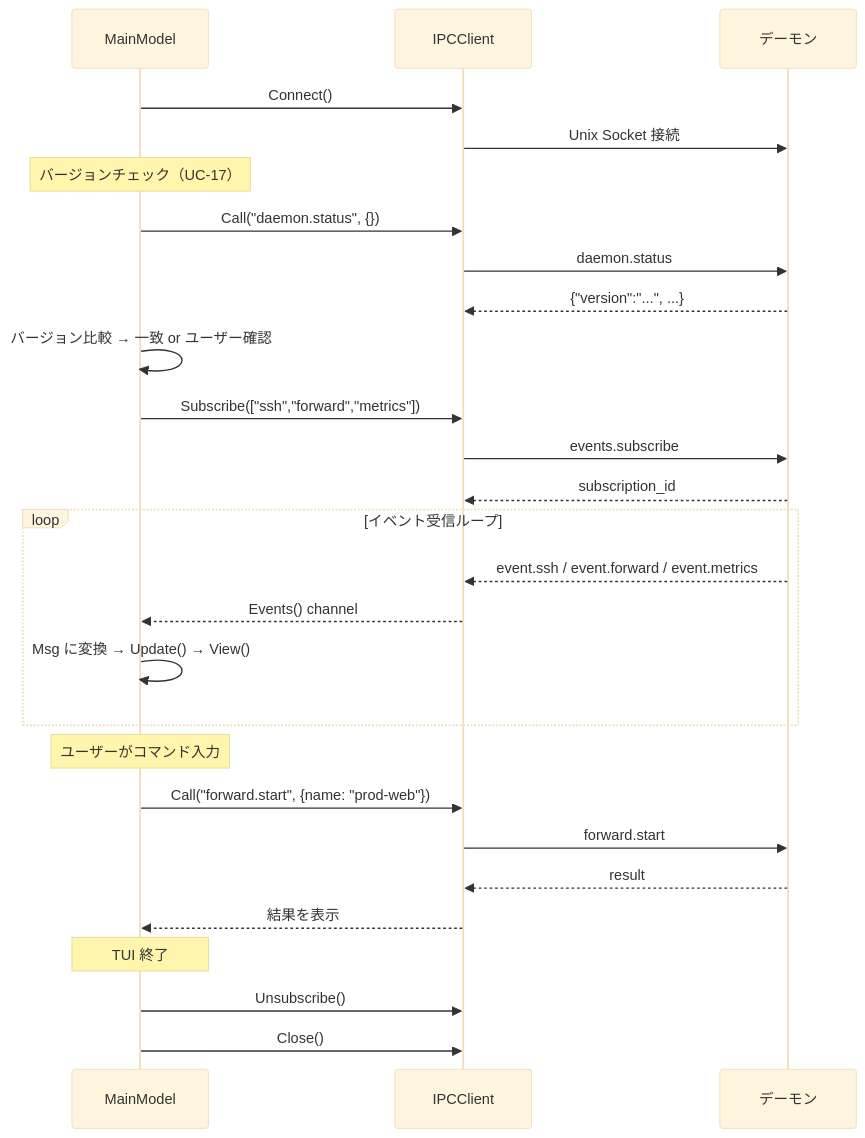
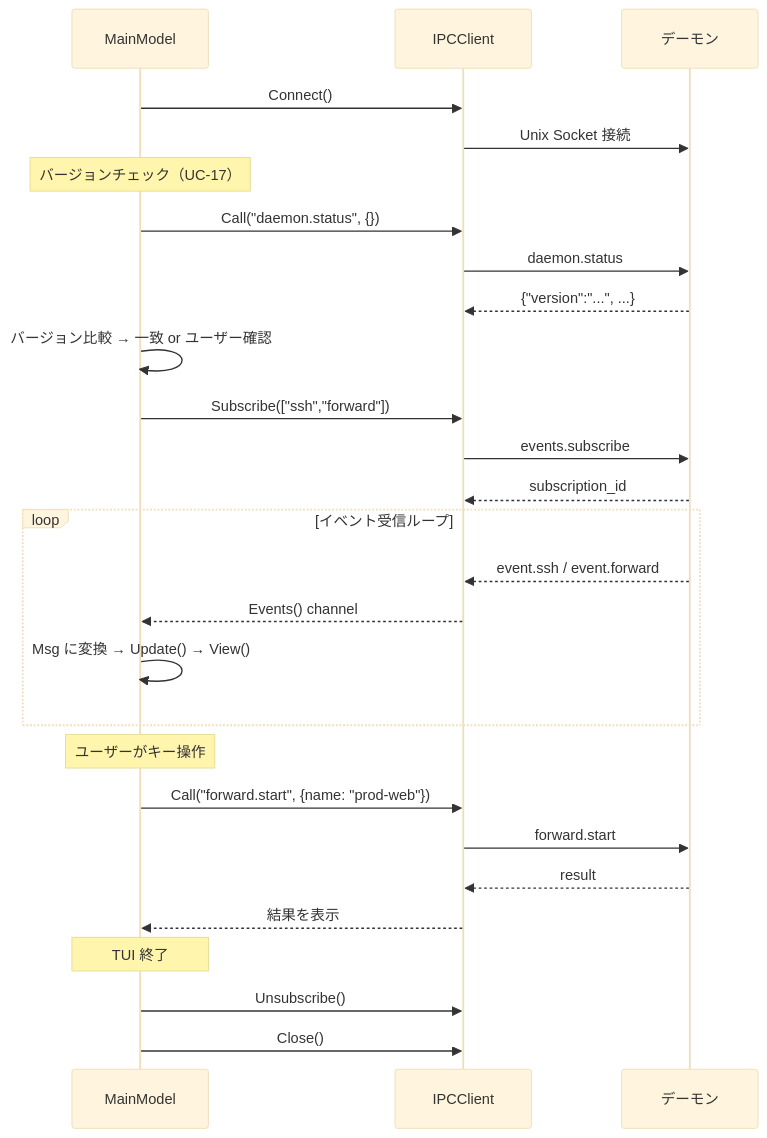
Before and after one commit to ousiassllc/MolePort: the eighth of 8 diagrams in docs/components/overview.md, drawn with Mermaid (base theme). The commit also changed other lines of this file and 5 other files, not shown here.

Commit message:
docs: 実装との乖離を修正（GUI コンポーネント一覧・転送パネル・session.list・event.metrics・ディレクトリ構成）(#152, #155, #156, #157, #158)

````diff
--- a/docs/components/overview.md
+++ b/docs/components/overview.md
@@ -1269,35 +1268,35 @@
 ```mermaid
 sequenceDiagram
     participant TUI as MainModel
     participant IPC as IPCClient
     participant Daemon as デーモン
 
     TUI->>IPC: Connect()
     IPC->>Daemon: Unix Socket 接続
 
     Note over TUI: バージョンチェック（UC-17）
     TUI->>IPC: Call("daemon.status", {})
     IPC->>Daemon: daemon.status
     Daemon-->>IPC: {"version":"...", ...}
     TUI->>TUI: バージョン比較 → 一致 or ユーザー確認
 
-    TUI->>IPC: Subscribe(["ssh","forward","metrics"])
+    TUI->>IPC: Subscribe(["ssh","forward"])
     IPC->>Daemon: events.subscribe
     Daemon-->>IPC: subscription_id
 
     loop イベント受信ループ
-        Daemon-->>IPC: event.ssh / event.forward / event.metrics
+        Daemon-->>IPC: event.ssh / event.forward
         IPC-->>TUI: Events() channel
         TUI->>TUI: Msg に変換 → Update() → View()
     end
 
-    Note over TUI: ユーザーがコマンド入力
+    Note over TUI: ユーザーがキー操作
     TUI->>IPC: Call("forward.start", {name: "prod-web"})
     IPC->>Daemon: forward.start
     Daemon-->>IPC: result
     IPC-->>TUI: 結果を表示
 
     Note over TUI: TUI 終了
     TUI->>IPC: Unsubscribe()
     TUI->>IPC: Close()
 ```
````
